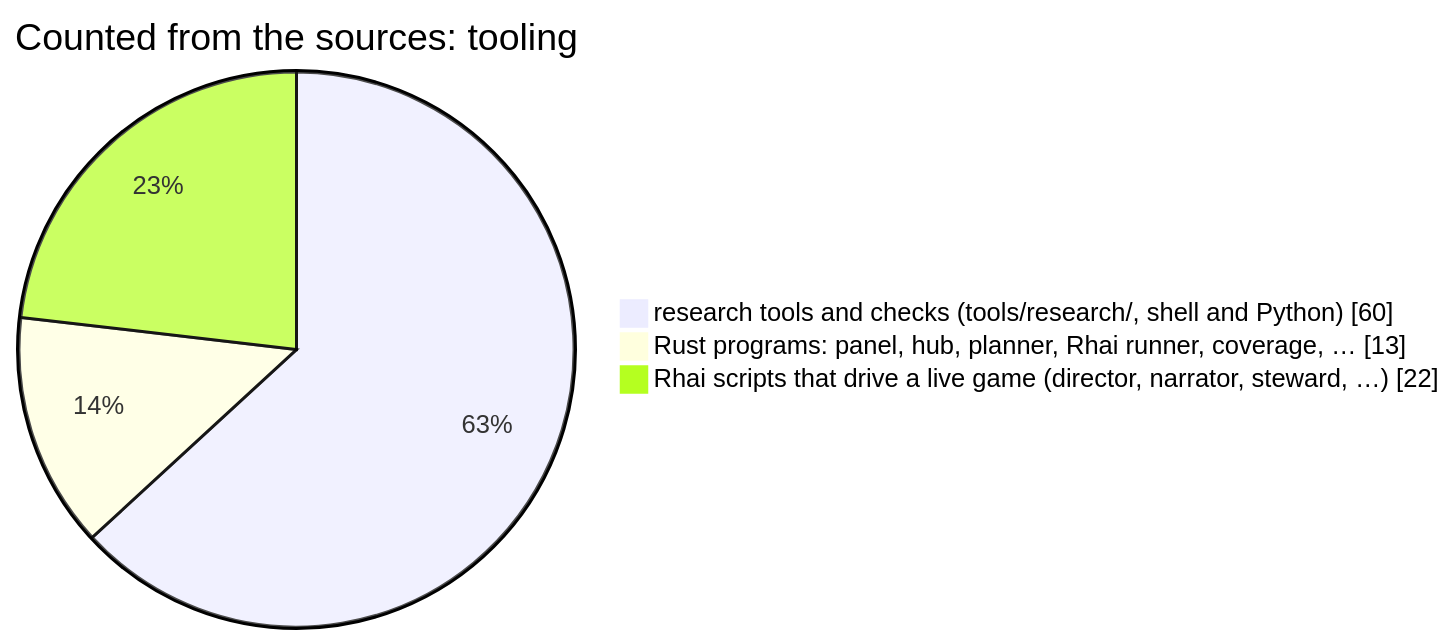
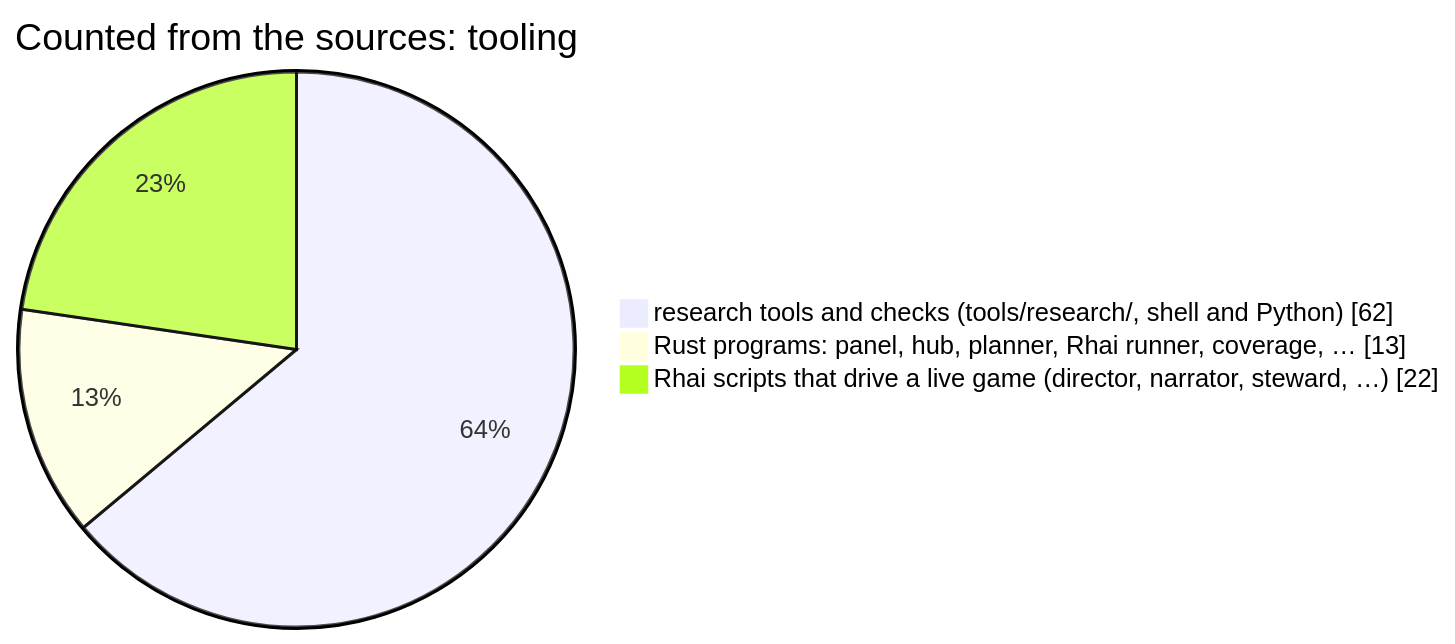
Before and after one commit to korczis/OpenTTD: the seventh of 12 diagrams in README.md, drawn with Mermaid. The commit also changed other lines of this file and 31 other files, not shown here.

````diff
--- a/README.md
+++ b/README.md
@@ -802,6 +802,6 @@
 ```mermaid
 pie showData title Counted from the sources: tooling
-    "research tools and checks (tools/research/, shell and Python)" : 60
+    "research tools and checks (tools/research/, shell and Python)" : 62
     "Rust programs: panel, hub, planner, Rhai runner, coverage, …" : 13
     "Rhai scripts that drive a live game (director, narrator, steward, …)" : 22
 ```
````
